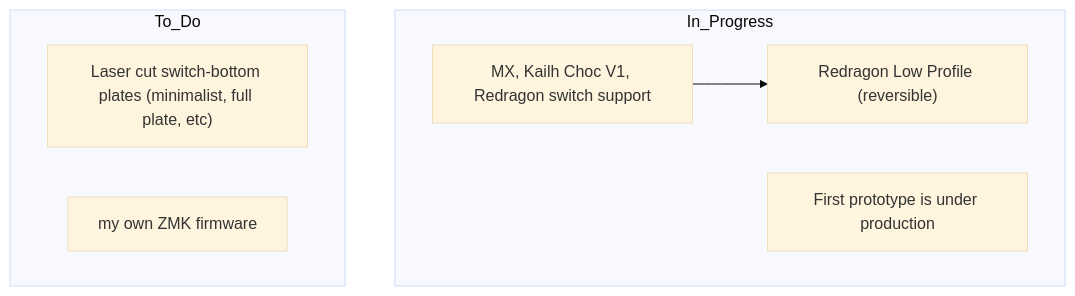
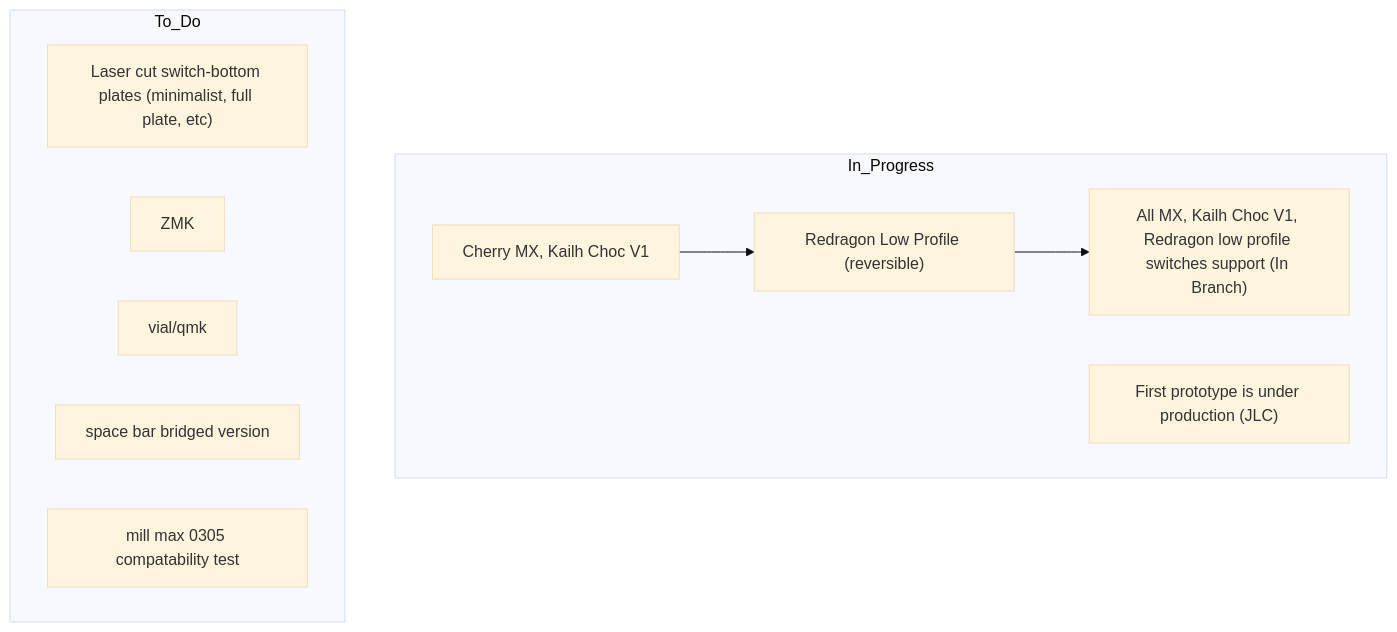
Before and after one commit to Apiratchai/cheapis-redragon-lowprofile: the diagram in README.md, drawn with Mermaid (base theme). The commit also changed other lines of this file, not shown here.

````diff
--- a/README.md
+++ b/README.md
@@ -1,16 +1,20 @@
 ```mermaid
 graph TD;
 
 subgraph In_Progress
-  id3["Cherry MX, Kailh Choc V1"] --> id4["Redragon Low Profile (reversible)"];
-  id5["First prototype is under production"];
+  id1["Cherry MX, Kailh Choc V1"] --> id2["Redragon Low Profile (reversible)"] --> id3["All MX, Kailh Choc V1, Redragon low profile switches support (In Branch)"];
+  id4["First prototype is under production (JLC)"];
+
 end
 
 subgraph To_Do
-  id1["Laser cut switch-bottom plates (minimalist, full plate, etc)"];
-  id2["my own ZMK firmware"]
-  id3["MX, Kailh Choc V1, Redragon switch support"]
+  A["Laser cut switch-bottom plates (minimalist, full plate, etc)"];
+  B["ZMK"];
+  C["vial/qmk"];
+  D["space bar bridged version"];
+  E["mill max 0305 compatability test"]
+
 end
 
 
 ```
````
